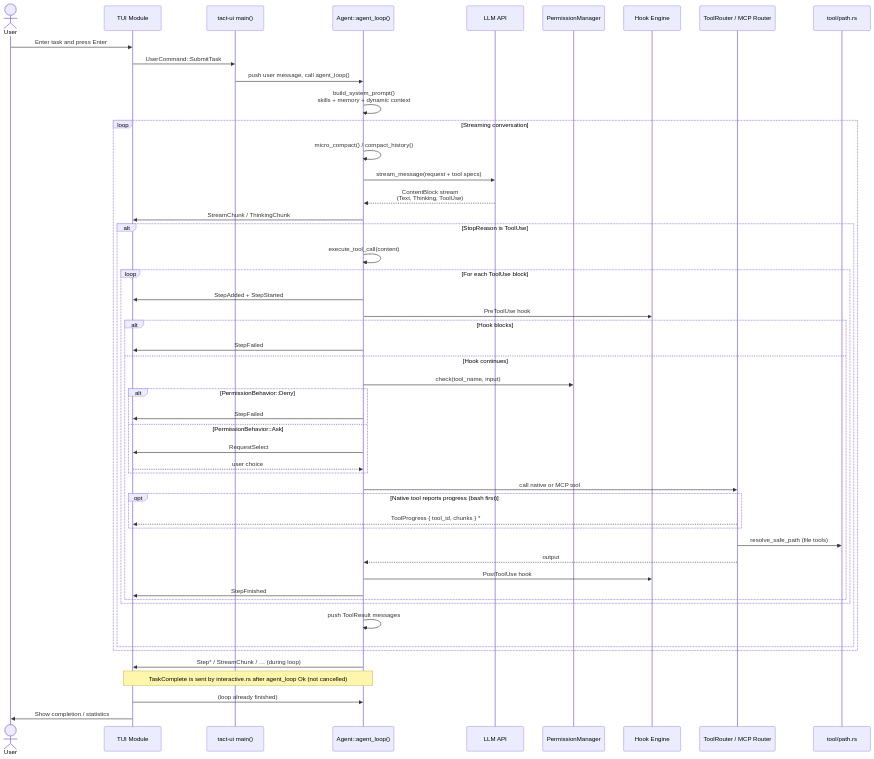
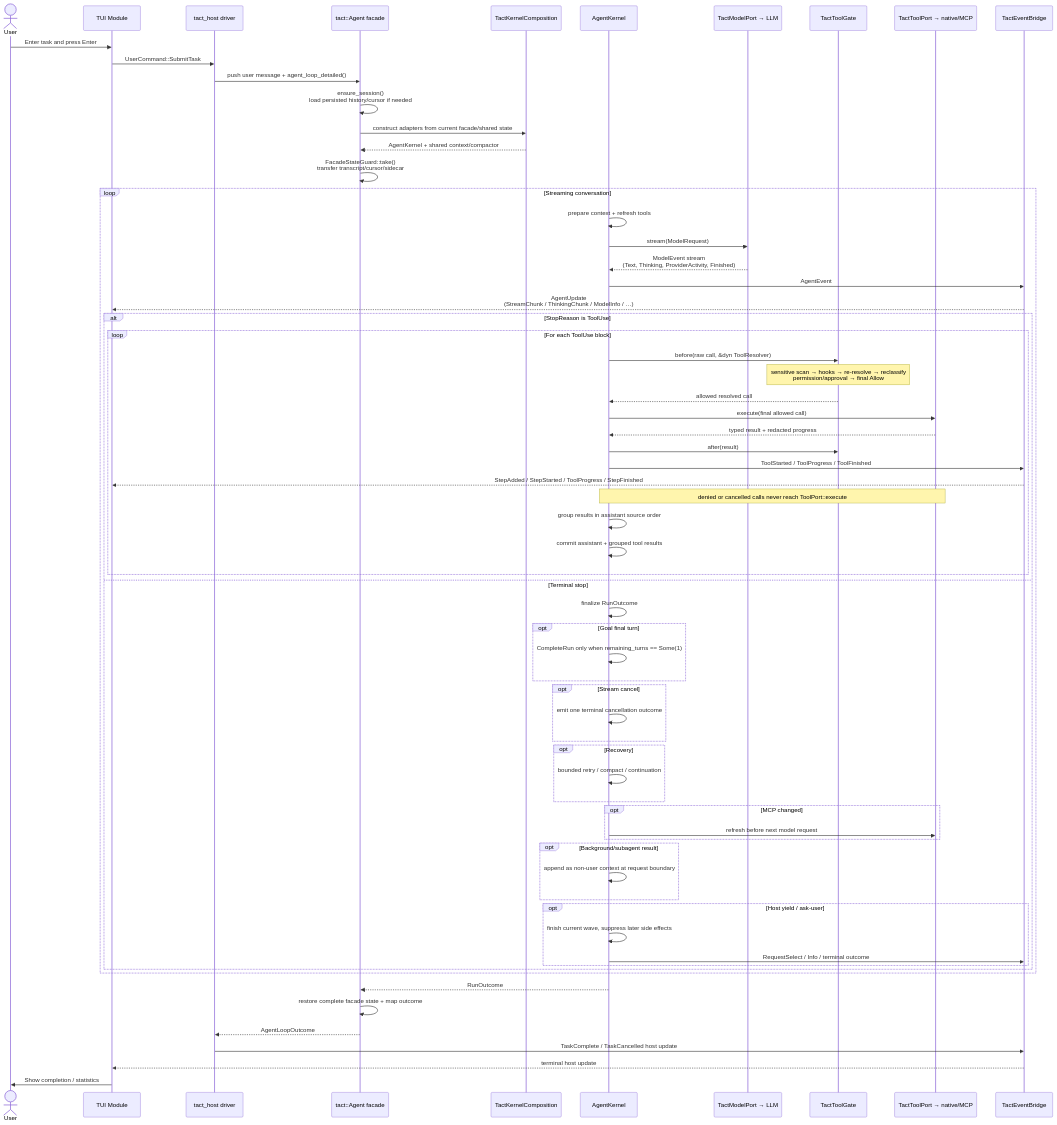
One commit to rust-infra/tact changed the third of 10 diagrams in ARCHITECTURE.md. Above: the diagram before and after it, drawn with Mermaid. The commit also changed other lines of this file and 313 other files, not shown here.

First line of the commit message:
feat: agent kernel, embeddable agent SDK, and stable LLM provider SDK (#99)

````diff
--- a/ARCHITECTURE.md
+++ b/ARCHITECTURE.md
@@ -148,57 +248,73 @@
 ```mermaid
 sequenceDiagram
     actor U as User
     participant TUI as TUI Module
-    participant Main as tact-ui main()
-    participant Agent as Agent::agent_loop()
-    participant LLM as LLM API
-    participant Perm as PermissionManager
-    participant Hook as Hook Engine
-    participant TR as ToolRouter / MCP Router
-    participant PATH as tool/path.rs
+    participant Driver as tact_host driver
+    participant Facade as tact::Agent facade
+    participant Compose as TactKernelComposition
+    participant Kernel as AgentKernel
+    participant Model as TactModelPort → LLM
+    participant Gate as TactToolGate
+    participant Tools as TactToolPort → native/MCP
+    participant Bridge as TactEventBridge
 
     U ->> TUI: Enter task and press Enter
-    TUI ->> Main: UserCommand::SubmitTask
-    Main ->> Agent: push user message, call agent_loop()
-    Agent ->> Agent: build_system_prompt()<br/>skills + memory + dynamic context
+    TUI ->> Driver: UserCommand::SubmitTask
+    Driver ->> Facade: push user message + agent_loop_detailed()
+    Facade ->> Facade: ensure_session()<br/>load persisted history/cursor if needed
+    Facade ->> Compose: construct adapters from current facade/shared state
+    Compose -->> Facade: AgentKernel + shared context/compactor
+    Facade ->> Facade: FacadeStateGuard::take()<br/>transfer transcript/cursor/sidecar
 
     loop Streaming conversation
-        Agent ->> Agent: micro_compact() / compact_history()
-        Agent ->> LLM: stream_message(request + tool specs)
-        LLM -->> Agent: ContentBlock stream<br/>(Text, Thinking, ToolUse)
-        Agent ->> TUI: StreamChunk / ThinkingChunk
+        Kernel ->> Kernel: prepare context + refresh tools
+        Kernel ->> Model: stream(ModelRequest)
+        Model -->> Kernel: ModelEvent stream<br/>(Text, Thinking, ProviderActivity, Finished)
+        Kernel ->> Bridge: AgentEvent
+        Bridge -->> TUI: AgentUpdate<br/>(StreamChunk / ThinkingChunk / ModelInfo / …)
 
         alt StopReason is ToolUse
-            Agent ->> Agent: execute_tool_call(content)
             loop For each ToolUse block
-                Agent ->> TUI: StepAdded + StepStarted
-                Agent ->> Hook: PreToolUse hook
-                alt Hook blocks
-                    Agent ->> TUI: StepFailed
-                else Hook continues
-                    Agent ->> Perm: check(tool_name, input)
-                    alt PermissionBehavior::Deny
-                        Agent ->> TUI: StepFailed
-                    else PermissionBehavior::Ask
-                        Agent ->> TUI: RequestSelect
-                        TUI -->> Agent: user choice
-                    end
-                    Agent ->> TR: call native or MCP tool
-                    opt Native tool reports progress (bash first)
-                        TR -->> TUI: ToolProgress { tool_id, chunks } *
-                    end
-                    TR ->> PATH: resolve_safe_path (file tools)
-                    TR -->> Agent: output
-                    Agent ->> Hook: PostToolUse hook
-                    Agent ->> TUI: StepFinished
-                end
+                Kernel ->> Gate: before(raw call, &dyn ToolResolver)
+                Note over Gate: sensitive scan → hooks → re-resolve → reclassify<br/>permission/approval → final Allow
+                Gate -->> Kernel: allowed resolved call
+                Kernel ->> Tools: execute(final allowed call)
+                Tools -->> Kernel: typed result + redacted progress
+                Kernel ->> Gate: after(result)
+                Kernel ->> Bridge: ToolStarted / ToolProgress / ToolFinished
+                Bridge -->> TUI: StepAdded / StepStarted / ToolProgress / StepFinished
+                Note over Kernel,Tools: denied or cancelled calls never reach ToolPort::execute
+                Kernel ->> Kernel: group results in assistant source order
+                Kernel ->> Kernel: commit assistant + grouped tool results
             end
-            Agent ->> Agent: push ToolResult messages
+        else Terminal stop
+            Kernel ->> Kernel: finalize RunOutcome
+            opt Goal final turn
+                Kernel ->> Kernel: CompleteRun only when remaining_turns == Some(1)
+            end
+            opt Stream cancel
+                Kernel ->> Kernel: emit one terminal cancellation outcome
+            end
+            opt Recovery
+                Kernel ->> Kernel: bounded retry / compact / continuation
+            end
+            opt MCP changed
+                Kernel ->> Tools: refresh before next model request
+            end
+            opt Background/subagent result
+                Kernel ->> Kernel: append as non-user context at request boundary
+            end
+            opt Host yield / ask-user
+                Kernel ->> Kernel: finish current wave, suppress later side effects
+                Kernel ->> Bridge: RequestSelect / Info / terminal outcome
+            end
         end
     end
 
-    Agent ->> TUI: Step* / StreamChunk / … (during loop)
-    Note over Agent,TUI: TaskComplete is sent by interactive.rs after agent_loop Ok (not cancelled)
-    TUI ->> Agent: (loop already finished)
+    Kernel -->> Facade: RunOutcome
+    Facade ->> Facade: restore complete facade state + map outcome
+    Facade -->> Driver: AgentLoopOutcome
+    Driver ->> Bridge: TaskComplete / TaskCancelled host update
+    Bridge -->> TUI: terminal host update
     TUI ->> U: Show completion / statistics
 ```
````
